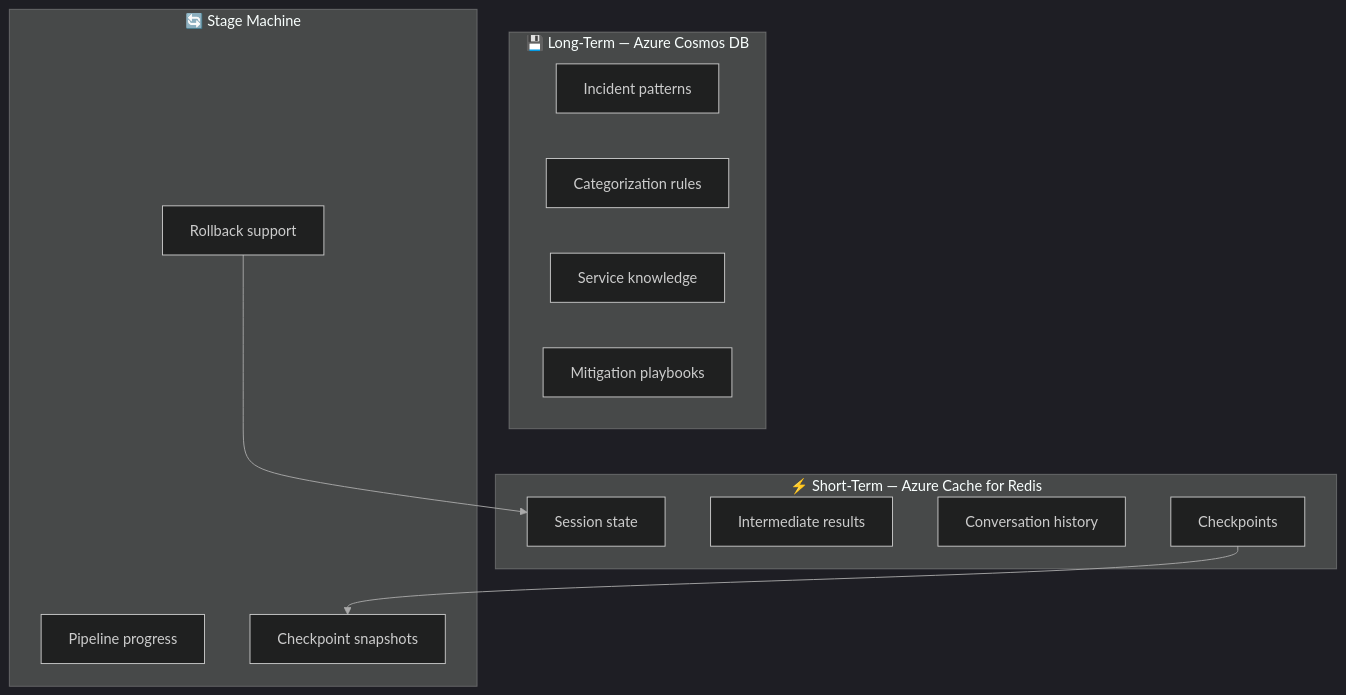
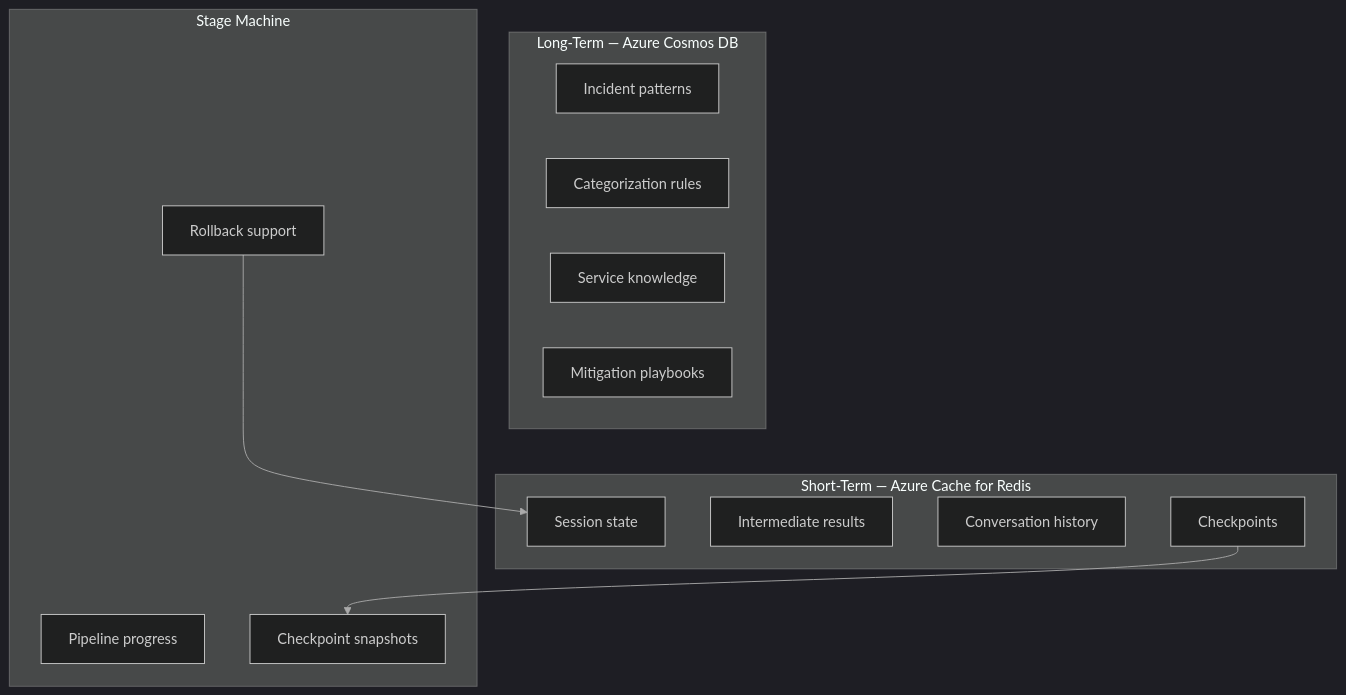
Before and after one commit to thanhauco/agentic-ai-icm-system: the diagram in docs/05-memory-manager.md, drawn with Mermaid. The commit also changed 1 other file, not shown here.

Commit message:
docs: Add initial documentation for all major system components of the agentic AI ICM system.

````diff
--- a/docs/05-memory-manager.md
+++ b/docs/05-memory-manager.md
@@ -9,24 +9,24 @@
 ```mermaid
 %%{init: {'theme': 'dark', 'themeVariables': {'lineColor': '#AAAAAA'}}}%%
 graph TD
-    subgraph ShortTerm["⚡ Short-Term — Azure Cache for Redis"]
-        ST1["Session state"]
-        ST2["Intermediate results"]
-        ST3["Conversation history"]
-        ST4["Checkpoints"]
-    end
-    subgraph LongTerm["💾 Long-Term — Azure Cosmos DB"]
-        LT1["Incident patterns"]
-        LT2["Categorization rules"]
-        LT3["Service knowledge"]
-        LT4["Mitigation playbooks"]
-    end
-    subgraph StageManagement["🔄 Stage Machine"]
-        SM1["Pipeline progress"]
-        SM2["Checkpoint snapshots"]
-        SM3["Rollback support"]
-    end
+ subgraph ShortTerm["Short-Term — Azure Cache for Redis"]
+ ST1["Session state"]
+ ST2["Intermediate results"]
+ ST3["Conversation history"]
+ ST4["Checkpoints"]
+ end
+ subgraph LongTerm["Long-Term — Azure Cosmos DB"]
+ LT1["Incident patterns"]
+ LT2["Categorization rules"]
+ LT3["Service knowledge"]
+ LT4["Mitigation playbooks"]
+ end
+ subgraph StageManagement["Stage Machine"]
+ SM1["Pipeline progress"]
+ SM2["Checkpoint snapshots"]
+ SM3["Rollback support"]
+ end
 
-    ST4 --> SM2
-    SM3 --> ST1
+ ST4 --> SM2
+ SM3 --> ST1
 ```
````
